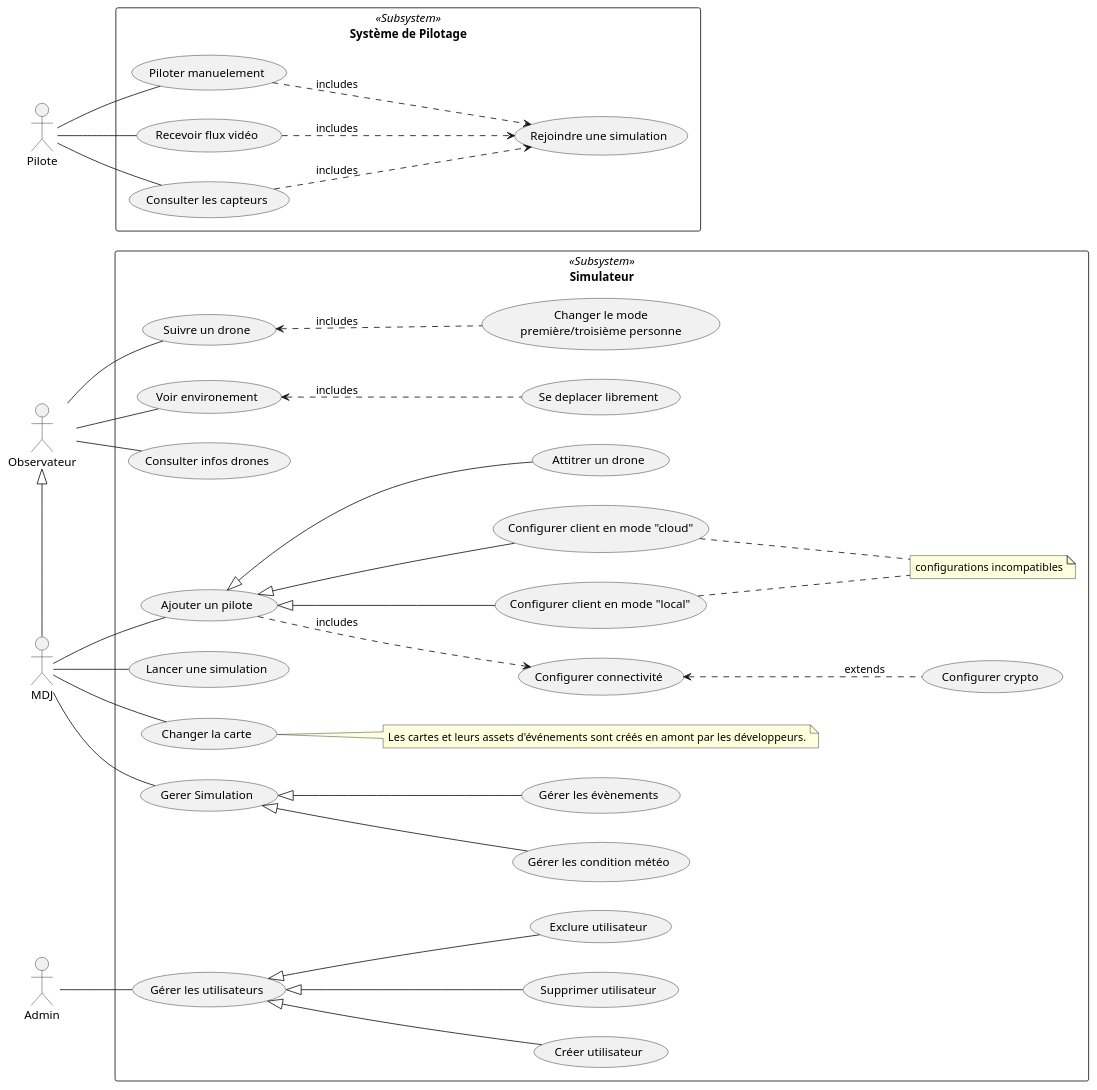
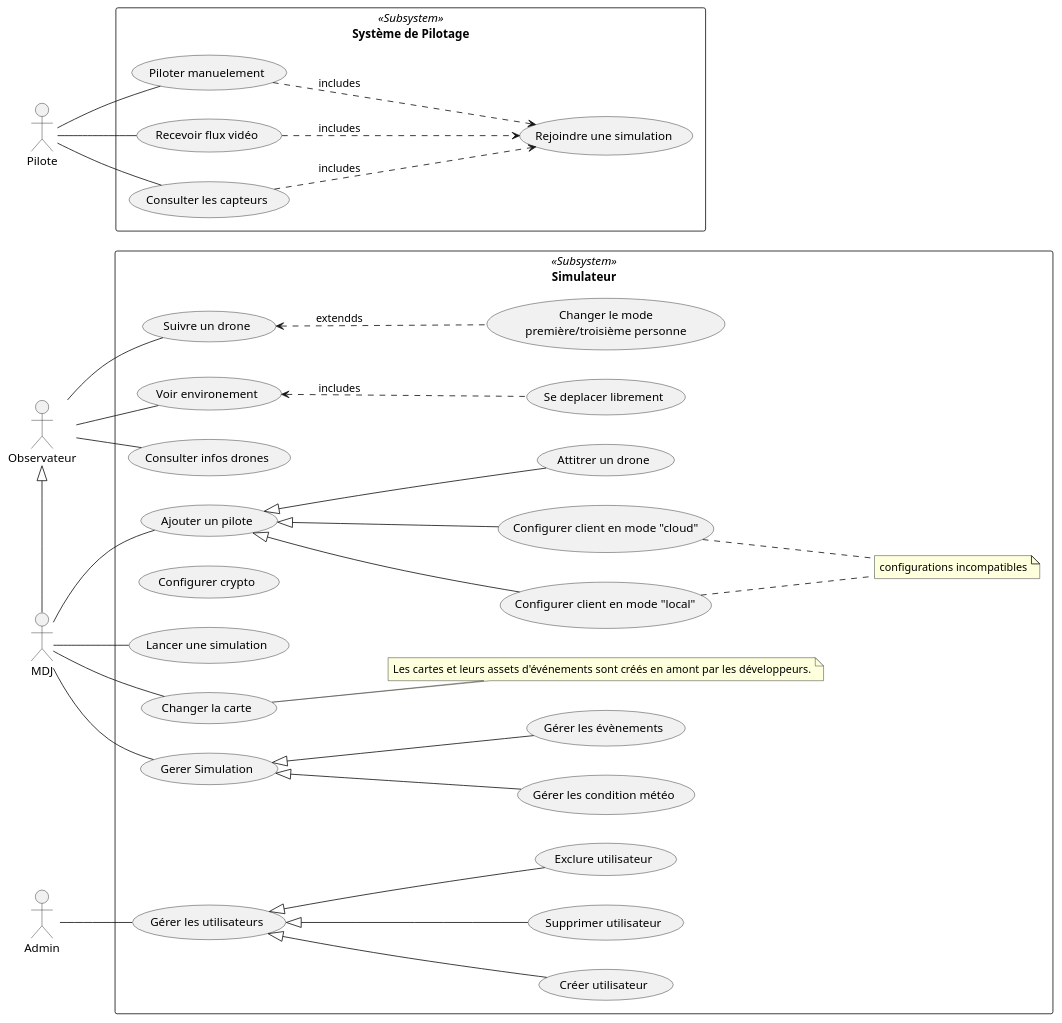
The diagram in doc/simulateur_uc.puml (tombartos/SAE-DRONE), drawn with PlantUML before and after one commit. The commit also changed 1 other file, not shown here.

Commit message:
update us diagram

```diff
--- a/doc/simulateur_uc.puml
+++ b/doc/simulateur_uc.puml
@@ -1,67 +1,64 @@
 @startuml
 
 left to right direction
 
 actor Observateur
 actor MDJ
 actor Pilote
 actor Admin
 'actor Admin
 
 rectangle "Système de Pilotage" <<Subsystem>> as SysPilot {
     Pilote -- (Piloter manuelement)
     Pilote -- (Recevoir flux vidéo)
     Pilote -- (Consulter les capteurs)
 
     (Recevoir flux vidéo) ..> (Rejoindre une simulation) : includes
     (Piloter manuelement) ..> (Rejoindre une simulation) : includes
     (Consulter les capteurs) ..> (Rejoindre une simulation) : includes
 }
 
 MDJ -left-|> Observateur
 
 rectangle Simulateur <<Subsystem>> {
 
     usecase (Suivre un drone) as follow_drone
 
-    follow_drone <.down. (Changer le mode\npremière/troisième personne) : includes
+    follow_drone <.down. (Changer le mode\npremière/troisième personne) : extendds
     (Voir environement) <.. (Se deplacer librement) : includes
 
     Observateur -- (Voir environement)
     Observateur -- follow_drone
     Observateur -- (Consulter infos drones)
 
     usecase (Ajouter un pilote) as cfg_drone
-    usecase (Configurer connectivité) as cfg_conn
     usecase (Configurer crypto) as cfg_crypt
     usecase (Configurer client en mode "local") as cfg_ardu_ss
     usecase (Configurer client en mode "cloud") as cfg_ardu_cs
     usecase (Attitrer un drone) as cfg_attrib_drone
     usecase (Lancer une simulation) as cfg_sim
     note "configurations incompatibles" as mutex1
     note "Les cartes et leurs assets d'événements sont créés en amont par les développeurs." as note1
 
-    cfg_drone .down.> cfg_conn : includes
-    cfg_conn <.down. cfg_crypt : extends
     cfg_drone <|-- cfg_ardu_ss
     cfg_drone <|-- cfg_ardu_cs
     cfg_ardu_ss .. mutex1
     cfg_ardu_cs .. mutex1
     cfg_drone <|--  cfg_attrib_drone
 
     MDJ -- (Changer la carte)
     (Changer la carte) .. note1
     MDJ -- (Gerer Simulation)
     (Gerer Simulation) <|-- (Gérer les condition météo)
     (Gerer Simulation) <|-- (Gérer les évènements)
     MDJ -- cfg_drone
     MDJ -- cfg_sim
 
     Admin -- (Gérer les utilisateurs)
     (Gérer les utilisateurs) <|-- (Créer utilisateur)
     (Gérer les utilisateurs) <|-- (Supprimer utilisateur)
     (Gérer les utilisateurs) <|-- (Exclure utilisateur)
 
 }
 
 @enduml
```
